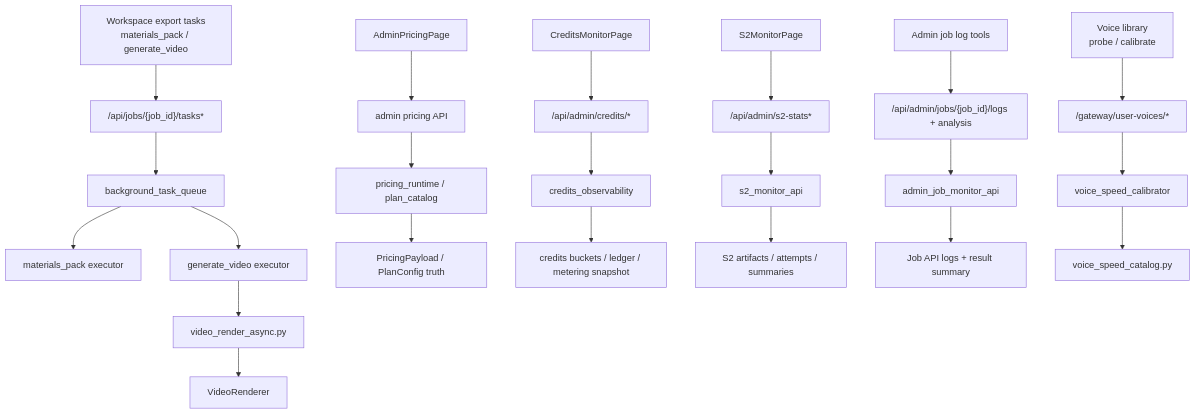
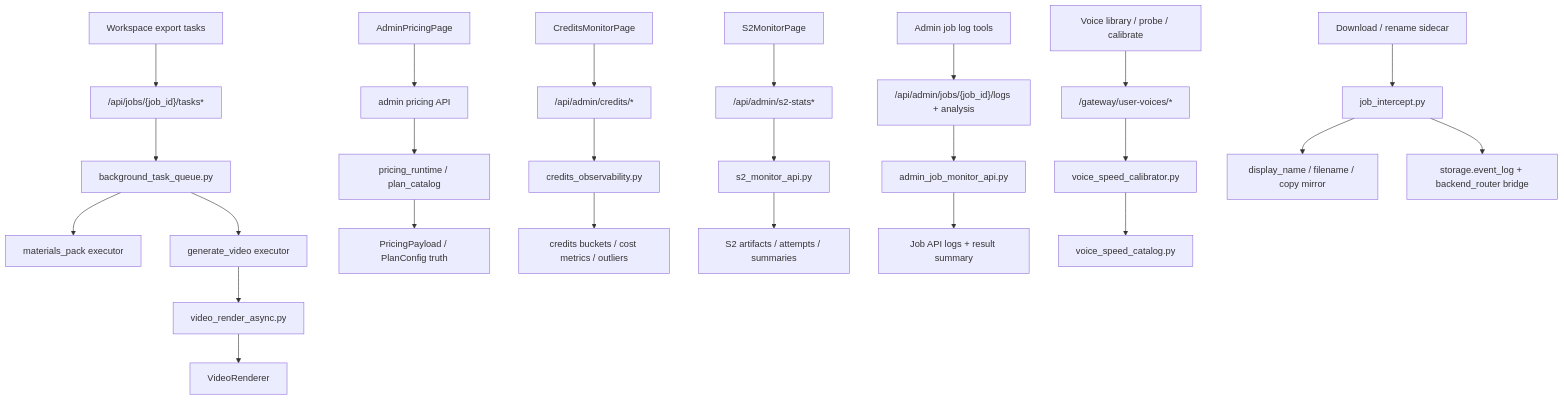
The diagram in docs/graphs/GITNEXUS_ADMIN_OPS_CALIBRATION_GRAPH.md (sun9bear/AITransVideo), drawn with Mermaid before and after one commit. The commit also changed other lines of this file and 208 other files, not shown here.

````diff
--- a/docs/graphs/GITNEXUS_ADMIN_OPS_CALIBRATION_GRAPH.md
+++ b/docs/graphs/GITNEXUS_ADMIN_OPS_CALIBRATION_GRAPH.md
@@ -20,27 +21,30 @@
 ```mermaid
 graph TD
     AdminPricing["AdminPricingPage"] --> AdminPricingAPI["admin pricing API"]
     CreditsMonitor["CreditsMonitorPage"] --> CreditsAPI["/api/admin/credits/*"]
     S2Monitor["S2MonitorPage"] --> S2API["/api/admin/s2-stats*"]
     JobLogs["Admin job log tools"] --> LogAPI["/api/admin/jobs/{job_id}/logs + analysis"]
-    VoiceLibrary["Voice library<br/>probe / calibrate"] --> VoiceAPI["/gateway/user-voices/*"]
-    ExportTasks["Workspace export tasks<br/>materials_pack / generate_video"] --> BgTaskAPI["/api/jobs/{job_id}/tasks*"]
+    VoiceLibrary["Voice library / probe / calibrate"] --> VoiceAPI["/gateway/user-voices/*"]
+    ExportTasks["Workspace export tasks"] --> BgTaskAPI["/api/jobs/{job_id}/tasks*"]
+    Downloads["Download / rename sidecar"] --> Intercept["job_intercept.py"]
 
     AdminPricingAPI --> PricingRuntime["pricing_runtime / plan_catalog"]
-    CreditsAPI --> CreditsObs["credits_observability"]
-    S2API --> S2Backend["s2_monitor_api"]
-    LogAPI --> AdminJobMonitor["admin_job_monitor_api"]
-    VoiceAPI --> Calibrator["voice_speed_calibrator"]
-    BgTaskAPI --> BgQueue["background_task_queue"]
+    CreditsAPI --> CreditsObs["credits_observability.py"]
+    S2API --> S2Backend["s2_monitor_api.py"]
+    LogAPI --> AdminJobMonitor["admin_job_monitor_api.py"]
+    VoiceAPI --> Calibrator["voice_speed_calibrator.py"]
+    BgTaskAPI --> BgQueue["background_task_queue.py"]
+    Intercept --> DisplayName["display_name / filename / copy mirror"]
+    Intercept --> StorageRoute["storage.event_log + backend_router bridge"]
 
     BgQueue --> MaterialsPack["materials_pack executor"]
     BgQueue --> GenerateVideo["generate_video executor"]
     GenerateVideo --> RenderAsync["video_render_async.py"]
     RenderAsync --> Renderer["VideoRenderer"]
 
     PricingRuntime --> Truth["PricingPayload / PlanConfig truth"]
-    CreditsObs --> Ledger["credits buckets / ledger / metering snapshot"]
+    CreditsObs --> Ledger["credits buckets / cost metrics / outliers"]
     S2Backend --> S2Artifacts["S2 artifacts / attempts / summaries"]
     AdminJobMonitor --> JobAPI["Job API logs + result summary"]
     Calibrator --> SpeedCatalog["voice_speed_catalog.py"]
 ```
````
